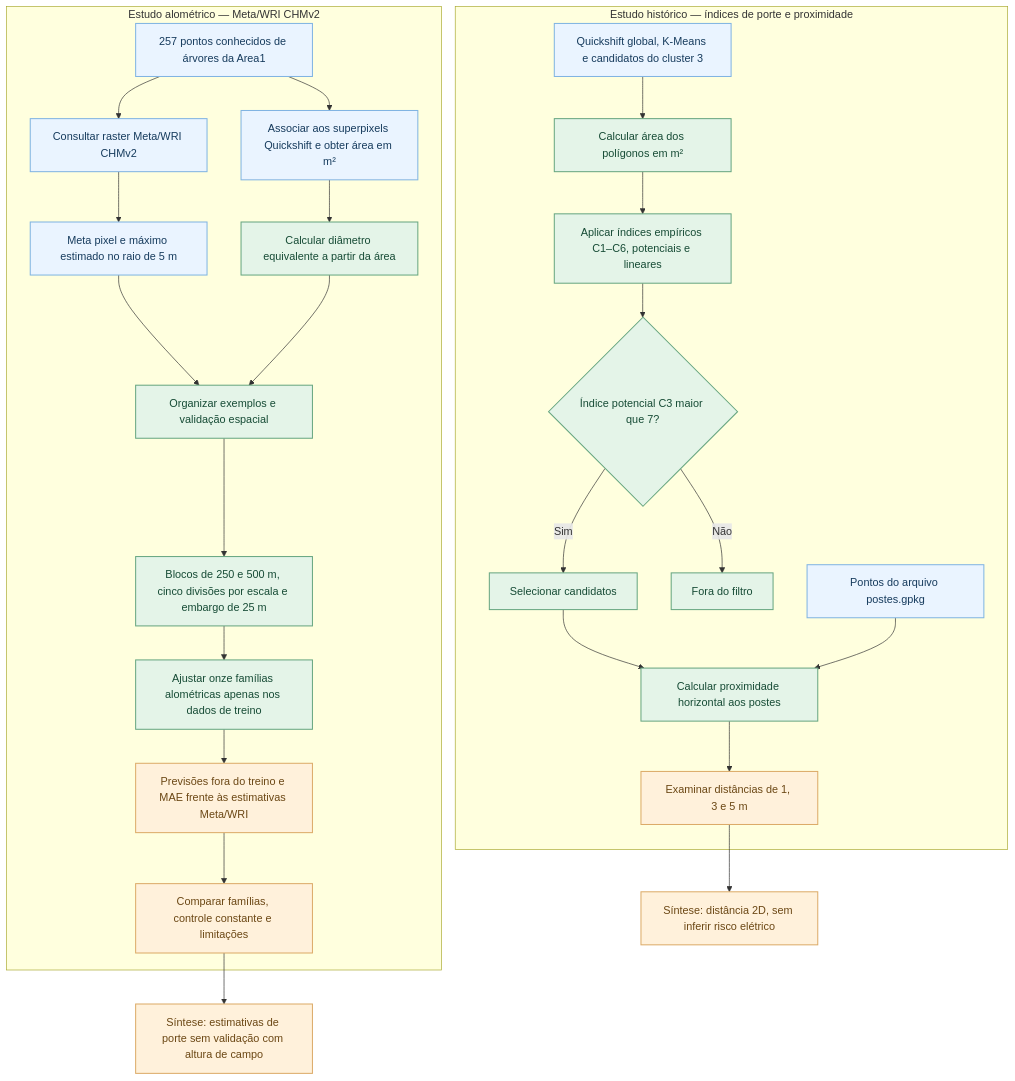
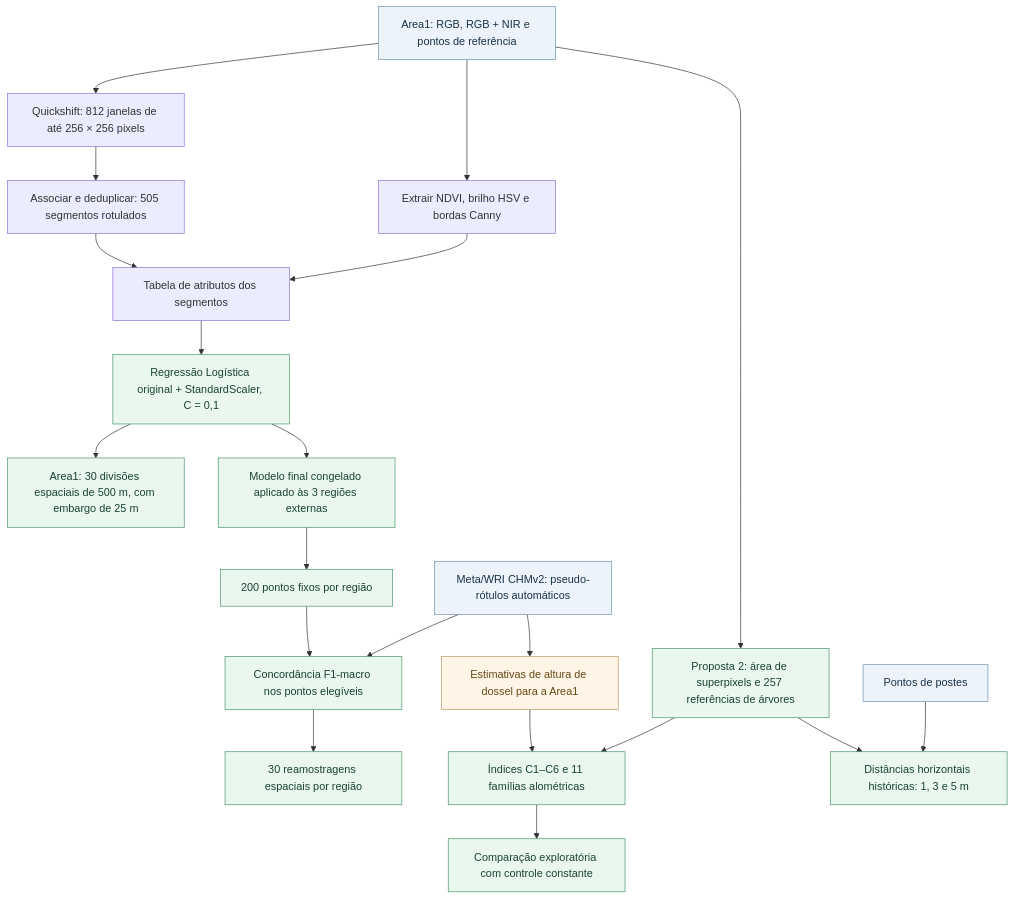
One commit to BrenoBragaGalvao/mestrado-arvores-urbanas changed the diagram in README.md. Above: the diagram before and after it, drawn with Mermaid. The commit also changed other lines of this file, not shown here.

Commit message:
docs: estrutura README científico completo com índice autoexplicativo, duas propostas e resultados auditados

````diff
--- a/README.md
+++ b/README.md
@@ -399,33 +190,28 @@
 ```mermaid
 flowchart TD
-    subgraph A["Estudo alométrico — Meta/WRI CHMv2"]
-        P["257 pontos conhecidos de árvores da Area1"] --> H["Consultar raster Meta/WRI CHMv2"]
-        H --> V["Meta pixel e máximo estimado no raio de 5 m"]
-        P --> S["Associar aos superpixels Quickshift e obter área em m²"]
-        S --> D["Calcular diâmetro equivalente a partir da área"]
-        V --> E["Organizar exemplos e validação espacial"]
-        D --> E
-        E --> B["Blocos de 250 e 500 m, cinco divisões por escala e embargo de 25 m"]
-        B --> M["Ajustar onze famílias alométricas apenas nos dados de treino"]
-        M --> O["Previsões fora do treino e MAE frente às estimativas Meta/WRI"]
-        O --> C["Comparar famílias, controle constante e limitações"]
-    end
-    subgraph P2["Estudo histórico — índices de porte e proximidade"]
-        K["Quickshift global, K-Means e candidatos do cluster 3"] --> L["Calcular área dos polígonos em m²"]
-        L --> I["Aplicar índices empíricos C1–C6, potenciais e lineares"]
-        I --> F{"Índice potencial C3 maior que 7?"}
-        F -->|Sim| Q["Selecionar candidatos"]
-        F -->|Não| X["Fora do filtro"]
-        Q --> N["Calcular proximidade horizontal aos postes"]
-        R["Pontos do arquivo postes.gpkg"] --> N
-        N --> T["Examinar distâncias de 1, 3 e 5 m"]
-    end
-    C --> U["Síntese: estimativas de porte sem validação com altura de campo"]
-    T --> W["Síntese: distância 2D, sem inferir risco elétrico"]
-    classDef dados fill:#eaf4ff,stroke:#80b4e2,color:#163b5d,stroke-width:1.5px;
-    classDef metodo fill:#e4f4e8,stroke:#67a681,color:#164b35,stroke-width:1.5px;
-    classDef resultado fill:#fff1db,stroke:#dcab68,color:#6b4714,stroke-width:1.5px;
-    class P,H,V,S,K,R dados;
-    class D,E,B,M,L,I,F,Q,X,N metodo;
-    class O,C,T,U,W resultado;
+  A["Area1: RGB, RGB + NIR e pontos de referência"] --> B["Quickshift: 812 janelas de até 256 × 256 pixels"]
+  B --> C["Associar e deduplicar: 505 segmentos rotulados"]
+  A --> D["Extrair NDVI, brilho HSV e bordas Canny"]
+  C --> E["Tabela de atributos dos segmentos"]
+  D --> E
+  E --> F["Regressão Logística original + StandardScaler, C = 0,1"]
+  F --> G["Area1: 30 divisões espaciais de 500 m, com embargo de 25 m"]
+  F --> H["Modelo final congelado aplicado às 3 regiões externas"]
+  H --> I["200 pontos fixos por região"]
+  J["Meta/WRI CHMv2: pseudo-rótulos automáticos"] --> K["Concordância F1-macro nos pontos elegíveis"]
+  I --> K
+  K --> L["30 reamostragens espaciais por região"]
+  A --> M["Proposta 2: área de superpixels e 257 referências de árvores"]
+  J --> N["Estimativas de altura de dossel para a Area1"]
+  M --> O["Índices C1–C6 e 11 famílias alométricas"]
+  N --> O
+  O --> P["Comparação exploratória com controle constante"]
+  Q["Pontos de postes"] --> R["Distâncias horizontais históricas: 1, 3 e 5 m"]
+  M --> R
+  classDef dados fill:#edf3fa,stroke:#6e90af,color:#163247;
+  classDef modelo fill:#e9f7ef,stroke:#4b956a,color:#19442f;
+  classDef cautela fill:#fff5e6,stroke:#b89b63,color:#654714;
+  class A,J,Q dados;
+  class F,G,H,I,K,L,M,O,P,R modelo;
+  class N cautela;
 ```
````
